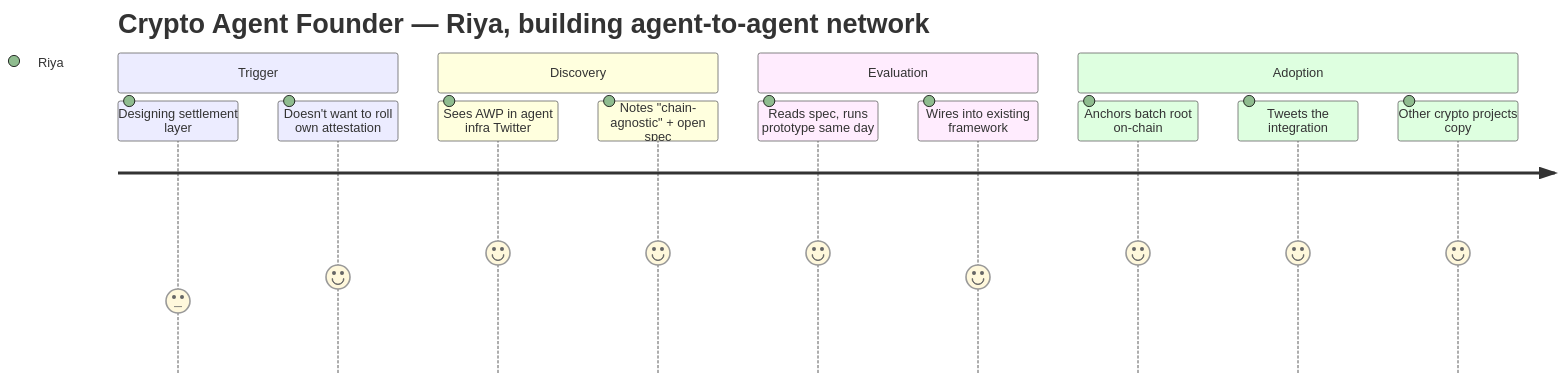
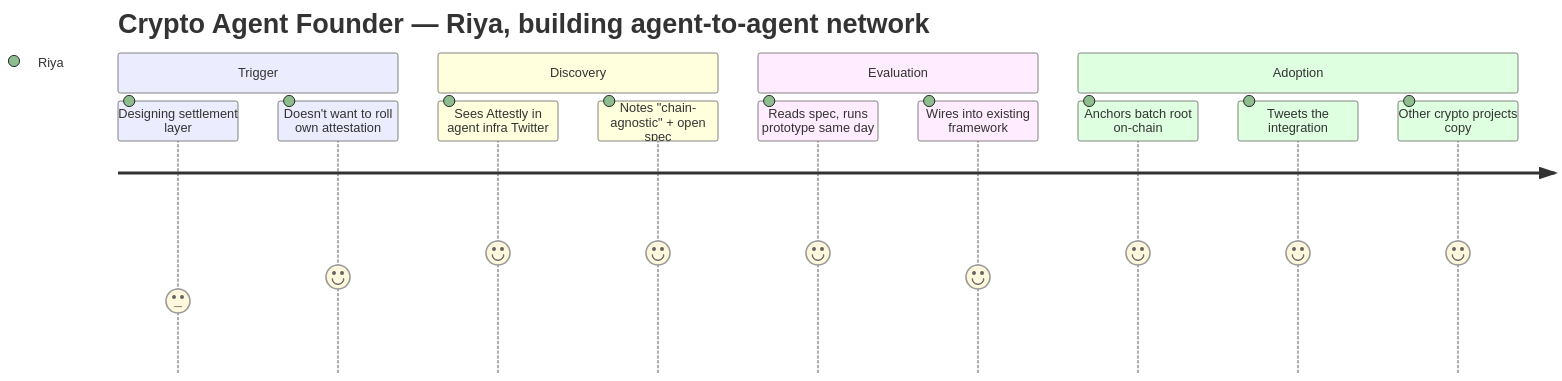
One commit to inertialabsxyz/attestly changed the third of 4 diagrams in docs/USER_JOURNEYS.md. Above: the diagram before and after it, drawn with Mermaid. The commit also changed other lines of this file and 43 other files, not shown here.

First line of the commit message:
docs(rename): rebrand AWP / Agent Work Protocol prose to Attestly

````diff
--- a/docs/USER_JOURNEYS.md
+++ b/docs/USER_JOURNEYS.md
@@ -74,17 +74,17 @@
 ```mermaid
 journey
     title Crypto Agent Founder — Riya, building agent-to-agent network
     section Trigger
       Designing settlement layer: 3: Riya
       Doesn't want to roll own attestation: 4: Riya
     section Discovery
-      Sees AWP in agent infra Twitter: 5: Riya
+      Sees Attestly in agent infra Twitter: 5: Riya
       Notes "chain-agnostic" + open spec: 5: Riya
     section Evaluation
       Reads spec, runs prototype same day: 5: Riya
       Wires into existing framework: 4: Riya
     section Adoption
       Anchors batch root on-chain: 5: Riya
       Tweets the integration: 5: Riya
       Other crypto projects copy: 5: Riya
 ```
````
